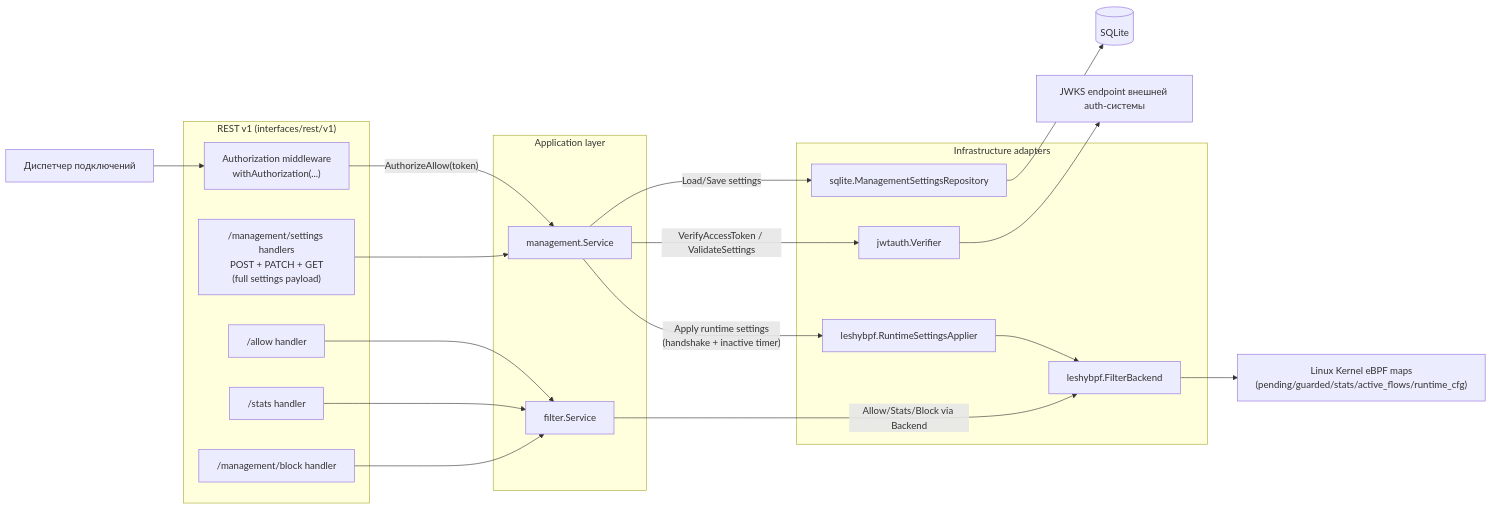
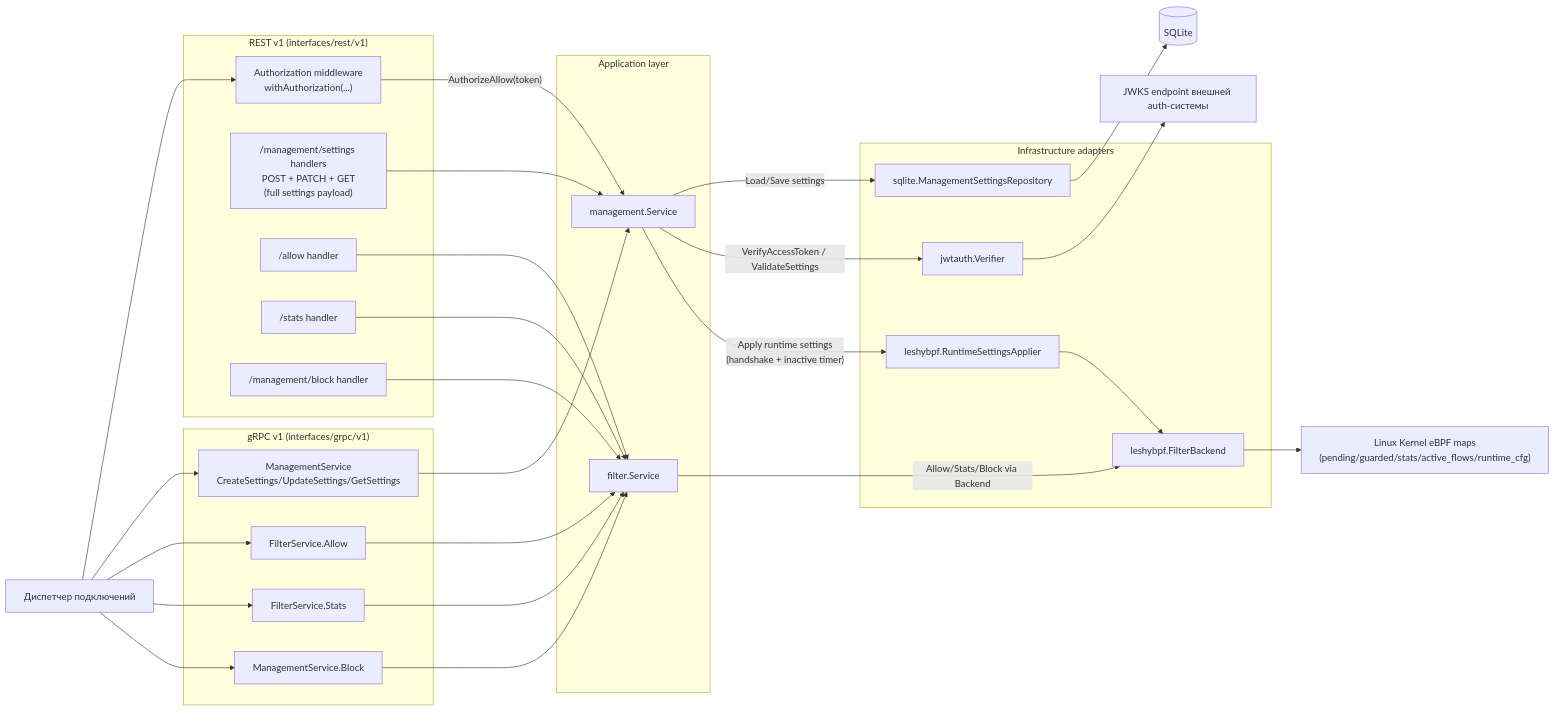
Before and after one commit to devalv/leshy-controller: the third of 3 diagrams in docs/c4.md, drawn with Mermaid. The commit also changed other lines of this file and 34 other files, not shown here.

````diff
--- a/docs/c4.md
+++ b/docs/c4.md
@@ -61,43 +63,58 @@
 ```mermaid
 flowchart LR
     ext["Диспетчер подключений"]
     sqlite[("SQLite")]
     jwks["JWKS endpoint внешней auth-системы"]
     kernel["Linux Kernel eBPF maps\n(pending/guarded/stats/active_flows/runtime_cfg)"]
 
     subgraph rest["REST v1 (interfaces/rest/v1)"]
         mw["Authorization middleware\nwithAuthorization(...)"]
         hsettings["/management/settings handlers\nPOST + PATCH + GET\n(full settings payload)"]
         hallow["/allow handler"]
         hstats["/stats handler"]
         hblock["/management/block handler"]
     end
 
+    subgraph grpcif["gRPC v1 (interfaces/grpc/v1)"]
+        gsettings["ManagementService\nCreateSettings/UpdateSettings/GetSettings"]
+        gallow["FilterService.Allow"]
+        gstats["FilterService.Stats"]
+        gblock["ManagementService.Block"]
+    end
+
     subgraph app["Application layer"]
         mgmt["management.Service"]
         filt["filter.Service"]
     end
 
     subgraph infra["Infrastructure adapters"]
         repo["sqlite.ManagementSettingsRepository"]
         verifier["jwtauth.Verifier"]
         applier["leshybpf.RuntimeSettingsApplier"]
         backend["leshybpf.FilterBackend"]
     end
 
     ext --> mw
+    ext --> gsettings
+    ext --> gallow
+    ext --> gstats
+    ext --> gblock
     mw -->|"AuthorizeAllow(token)"| mgmt
     hsettings --> mgmt
     hallow --> filt
     hstats --> filt
     hblock --> filt
+    gsettings --> mgmt
+    gallow --> filt
+    gstats --> filt
+    gblock --> filt
 
     mgmt -->|"Load/Save settings"| repo
     repo --> sqlite
     mgmt -->|"VerifyAccessToken / ValidateSettings"| verifier
     verifier --> jwks
     mgmt -->|"Apply runtime settings\n(handshake + inactive timer)"| applier
     applier --> backend
     backend --> kernel
     filt -->|"Allow/Stats/Block via Backend"| backend
 ```
````
